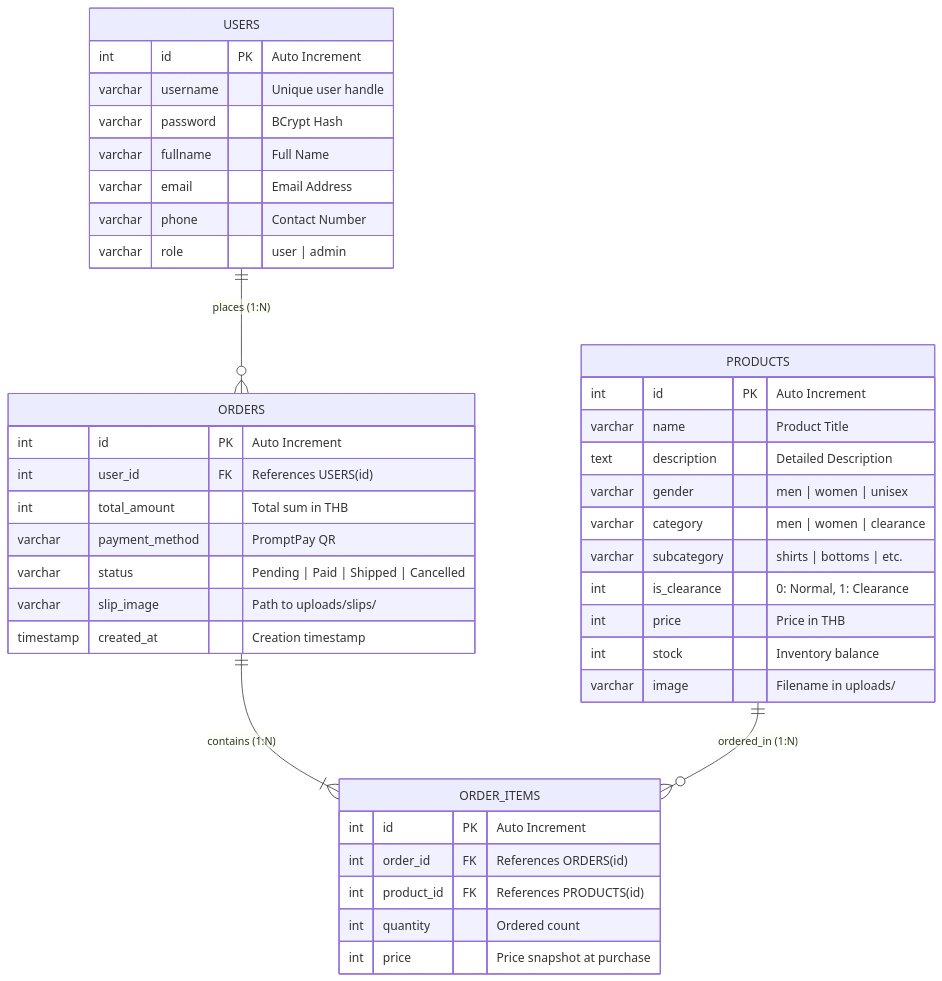
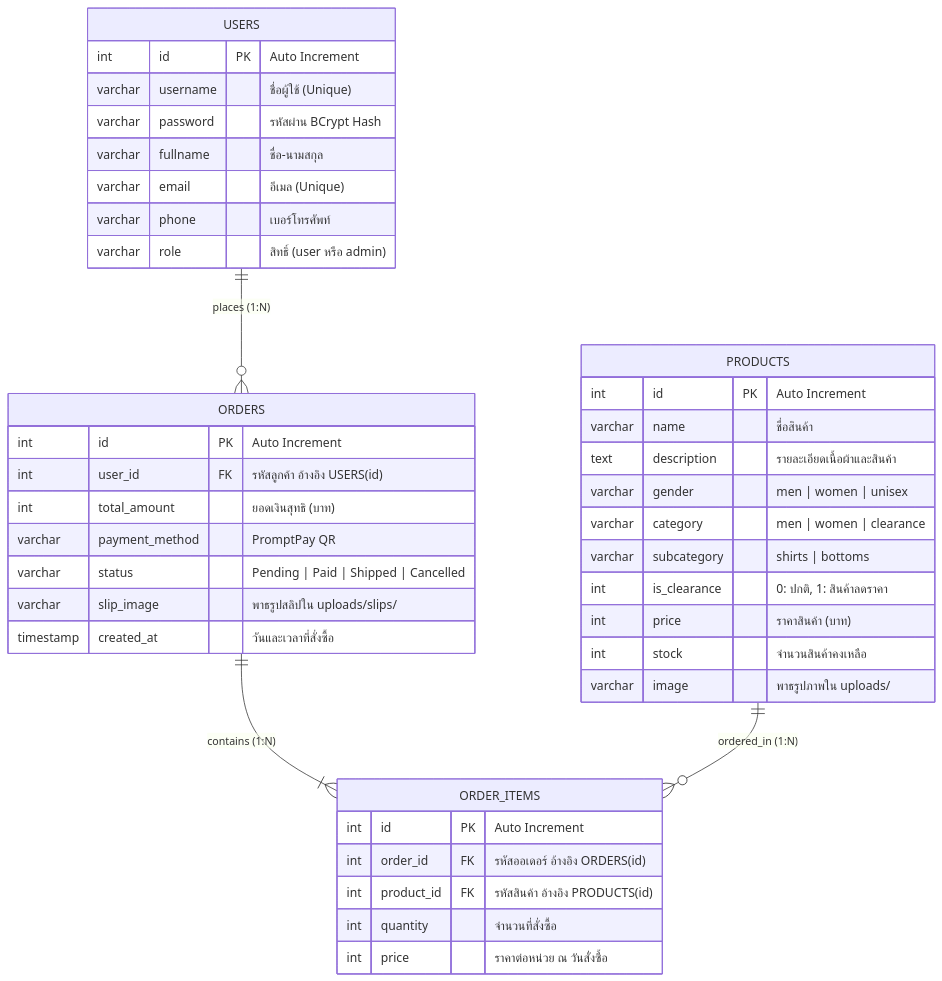
One commit to M16C/term_project1_2026 changed the second of 5 diagrams in README.md. Above: the diagram before and after it, drawn with Mermaid. The commit also changed other lines of this file and 35 other files, not shown here.

````diff
--- a/README.md
+++ b/README.md
@@ -106,47 +96,47 @@
 ```mermaid
 erDiagram
     USERS ||--o{ ORDERS : "places (1:N)"
     ORDERS ||--|{ ORDER_ITEMS : "contains (1:N)"
     PRODUCTS ||--o{ ORDER_ITEMS : "ordered_in (1:N)"
 
     USERS {
         int id PK "Auto Increment"
-        varchar username "Unique user handle"
-        varchar password "BCrypt Hash"
-        varchar fullname "Full Name"
-        varchar email "Email Address"
-        varchar phone "Contact Number"
-        varchar role "user | admin"
+        varchar username "ชื่อผู้ใช้ (Unique)"
+        varchar password "รหัสผ่าน BCrypt Hash"
+        varchar fullname "ชื่อ-นามสกุล"
+        varchar email "อีเมล (Unique)"
+        varchar phone "เบอร์โทรศัพท์"
+        varchar role "สิทธิ์ (user หรือ admin)"
     }
 
     PRODUCTS {
         int id PK "Auto Increment"
-        varchar name "Product Title"
-        text description "Detailed Description"
+        varchar name "ชื่อสินค้า"
+        text description "รายละเอียดเนื้อผ้าและสินค้า"
         varchar gender "men | women | unisex"
         varchar category "men | women | clearance"
-        varchar subcategory "shirts | bottoms | etc."
-        int is_clearance "0: Normal, 1: Clearance"
-        int price "Price in THB"
-        int stock "Inventory balance"
-        varchar image "Filename in uploads/"
+        varchar subcategory "shirts | bottoms"
+        int is_clearance "0: ปกติ, 1: สินค้าลดราคา"
+        int price "ราคาสินค้า (บาท)"
+        int stock "จำนวนสินค้าคงเหลือ"
+        varchar image "พาธรูปภาพใน uploads/"
     }
 
     ORDERS {
         int id PK "Auto Increment"
-        int user_id FK "References USERS(id)"
-        int total_amount "Total sum in THB"
+        int user_id FK "รหัสลูกค้า อ้างอิง USERS(id)"
+        int total_amount "ยอดเงินสุทธิ (บาท)"
         varchar payment_method "PromptPay QR"
         varchar status "Pending | Paid | Shipped | Cancelled"
-        varchar slip_image "Path to uploads/slips/"
-        timestamp created_at "Creation timestamp"
+        varchar slip_image "พาธรูปสลิปใน uploads/slips/"
+        timestamp created_at "วันและเวลาที่สั่งซื้อ"
     }
 
     ORDER_ITEMS {
         int id PK "Auto Increment"
-        int order_id FK "References ORDERS(id)"
-        int product_id FK "References PRODUCTS(id)"
-        int quantity "Ordered count"
-        int price "Price snapshot at purchase"
+        int order_id FK "รหัสออเดอร์ อ้างอิง ORDERS(id)"
+        int product_id FK "รหัสสินค้า อ้างอิง PRODUCTS(id)"
+        int quantity "จำนวนที่สั่งซื้อ"
+        int price "ราคาต่อหน่วย ณ วันสั่งซื้อ"
     }
 ```
````
